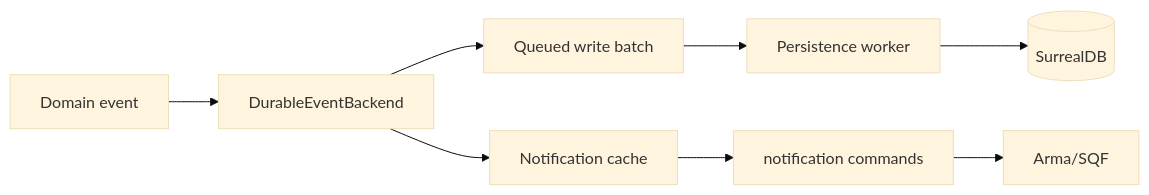
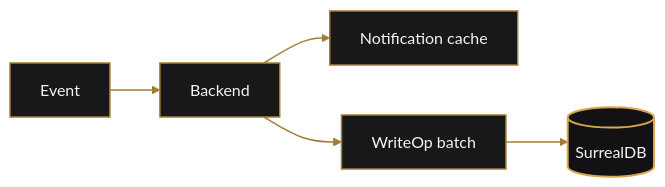
The third of 3 diagrams in docs/events.md (jschmidt92/crate), drawn with Mermaid (base theme) before and after one commit. The commit also changed other lines of this file and 21 other files, not shown here.

````diff
--- a/docs/events.md
+++ b/docs/events.md
@@ -85,10 +92,13 @@
 ```mermaid
 flowchart LR
-    Event[Domain event] --> Backend[DurableEventBackend]
-    Backend --> Batch[Queued write batch]
+    Event --> Backend
     Backend --> Cache[Notification cache]
-    Batch --> Worker[Persistence worker]
-    Worker --> Database[(SurrealDB)]
-    Cache --> Commands[notification commands]
-    Commands --> SQF[Arma/SQF]
+    Backend --> Batch[WriteOp batch]
+    Batch --> DB[(SurrealDB)]
+
+    classDef step fill:#18181b,stroke:#a57c34,color:#f4f4f5,stroke-width:1.5px
+    classDef storage fill:#121214,stroke:#d6a84f,color:#f4f4f5,stroke-width:2px
+    class Event,Backend,Cache,Batch step
+    class DB storage
+    linkStyle default stroke:#a57c34,stroke-width:1.5px
 ```
````
